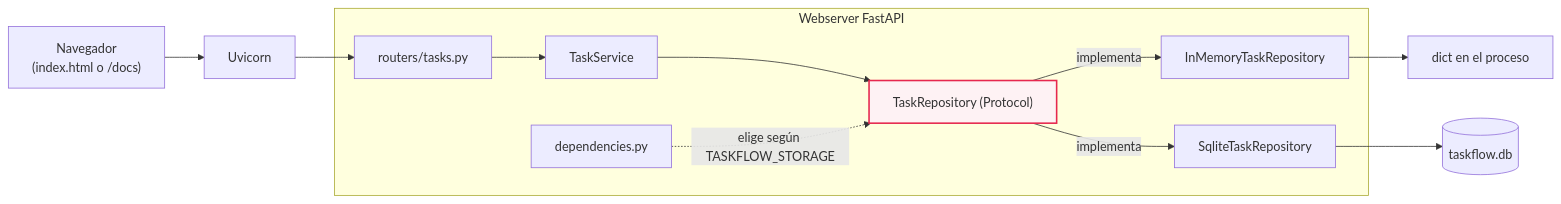
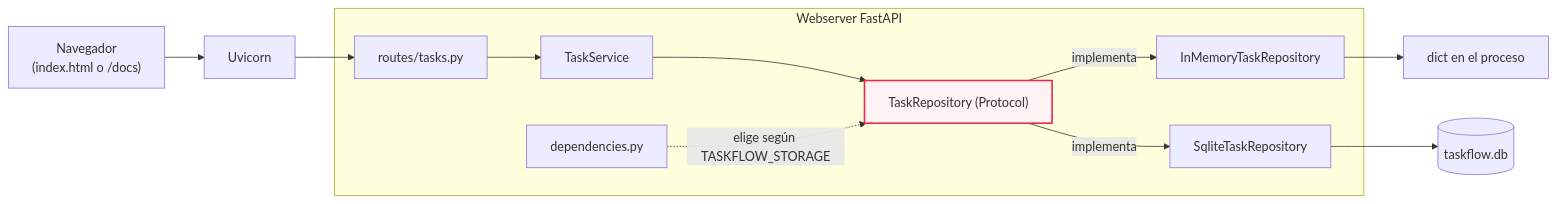
One commit to Luc5k4yw4lk3r/AIE-Bootcamp changed the first of 5 diagrams in Temas/M07·S05 — Lab integrador.md. Above: the diagram before and after it, drawn with Mermaid. The commit also changed other lines of this file and 3 other files, not shown here.

````diff
--- a/Temas/M07·S05 — Lab integrador.md
+++ b/Temas/M07·S05 — Lab integrador.md
@@ -65,17 +68,17 @@
 ```mermaid
 flowchart LR
     NAV["Navegador<br/>(index.html o /docs)"] --> UV["Uvicorn"]
     UV --> RT
     subgraph WS["Webserver FastAPI"]
-        RT["routers/tasks.py"] --> SV["TaskService"]
+        RT["routes/tasks.py"] --> SV["TaskService"]
         SV --> PR["TaskRepository (Protocol)"]
         DEPS["dependencies.py"] -.->|"elige según TASKFLOW_STORAGE"| PR
         PR -->|"implementa"| MEM["InMemoryTaskRepository"]
         PR -->|"implementa"| SQL["SqliteTaskRepository"]
     end
     MEM --> DICT["dict en el proceso"]
     SQL --> DB[("taskflow.db")]
 
     classDef foco fill:#FEF2F4,stroke:#E6284E,stroke-width:2px
     class PR foco
 ```
````
